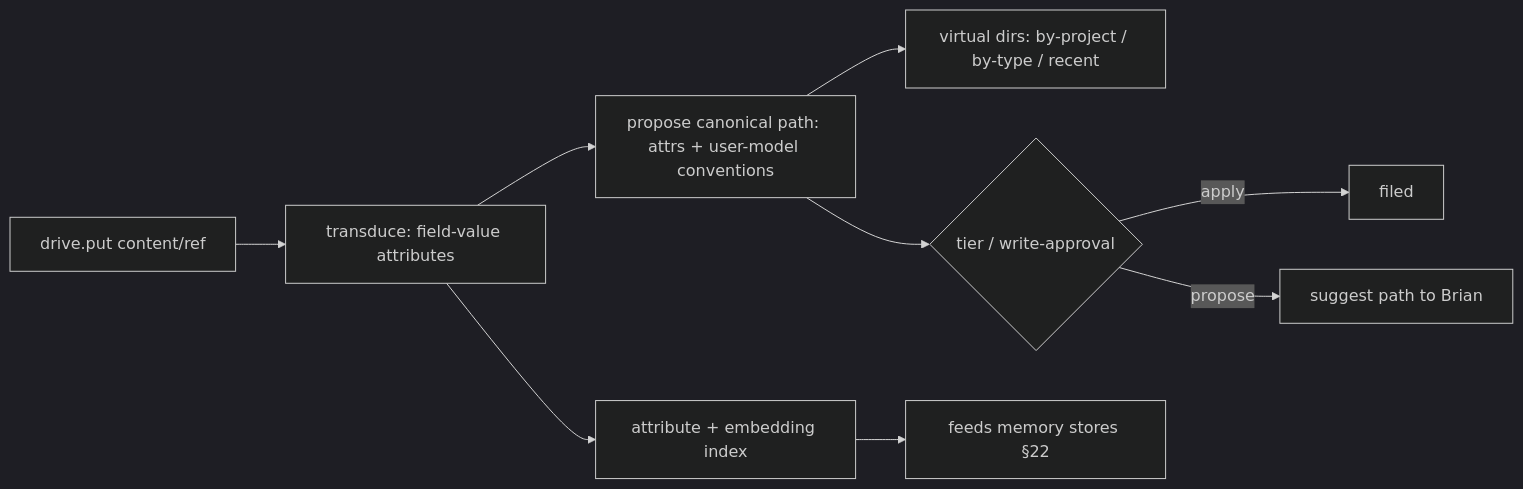
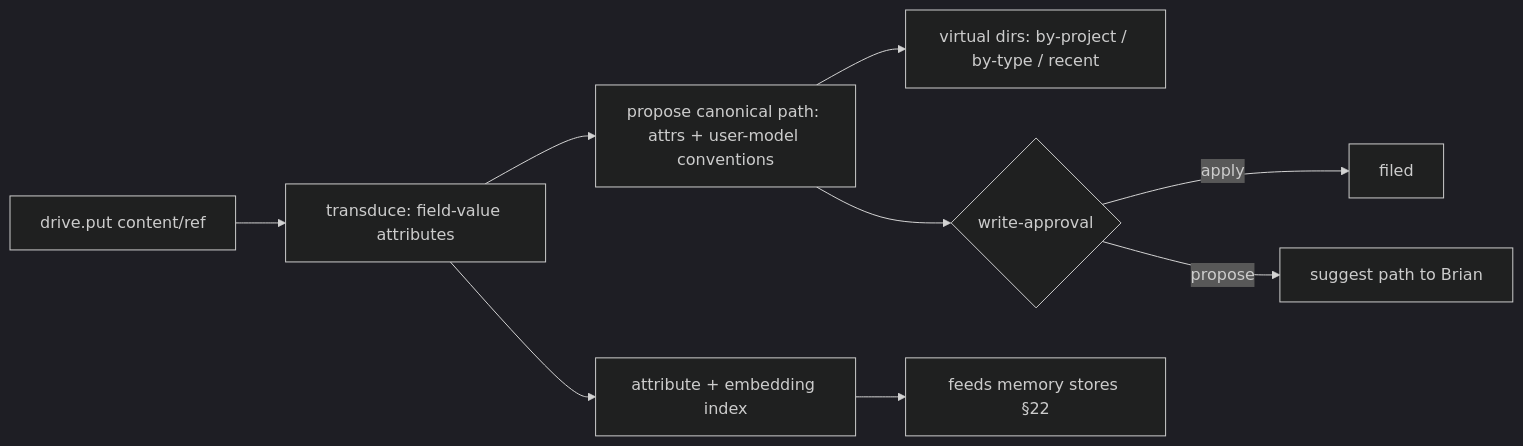
Before and after one commit to mozufu/TempestMiku: the diagram in docs/design/product/24-drive-storage.md, drawn with Mermaid (dark theme). The commit also changed other lines of this file and 96 other files, not shown here.

````diff
--- a/docs/design/product/24-drive-storage.md
+++ b/docs/design/product/24-drive-storage.md
@@ -156,11 +150,11 @@
 ```mermaid
 flowchart LR
   IN[drive.put content/ref] --> T[transduce: field-value attributes]
   T --> P[propose canonical path: attrs + user-model conventions]
   T --> IDX[attribute + embedding index]
   P --> VD[virtual dirs: by-project / by-type / recent]
   IDX --> MEM[feeds memory stores §22]
-  P --> AP{tier / write-approval}
+  P --> AP{write-approval}
   AP -- apply --> FILED[filed]
   AP -- propose --> ASK[suggest path to Brian]
 ```
````
